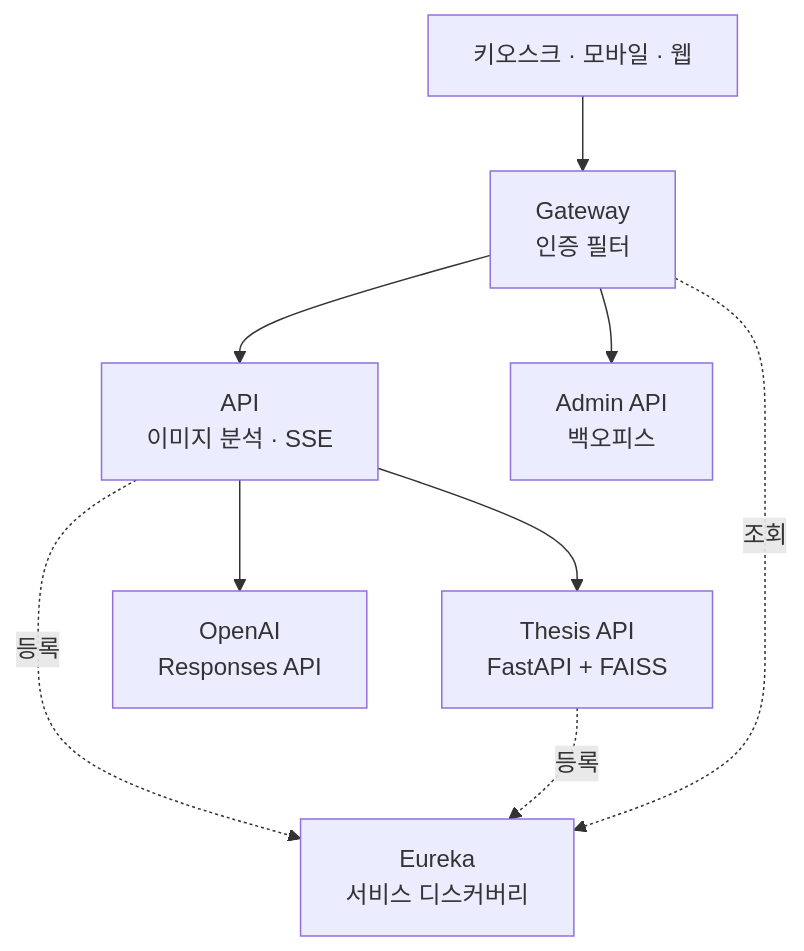
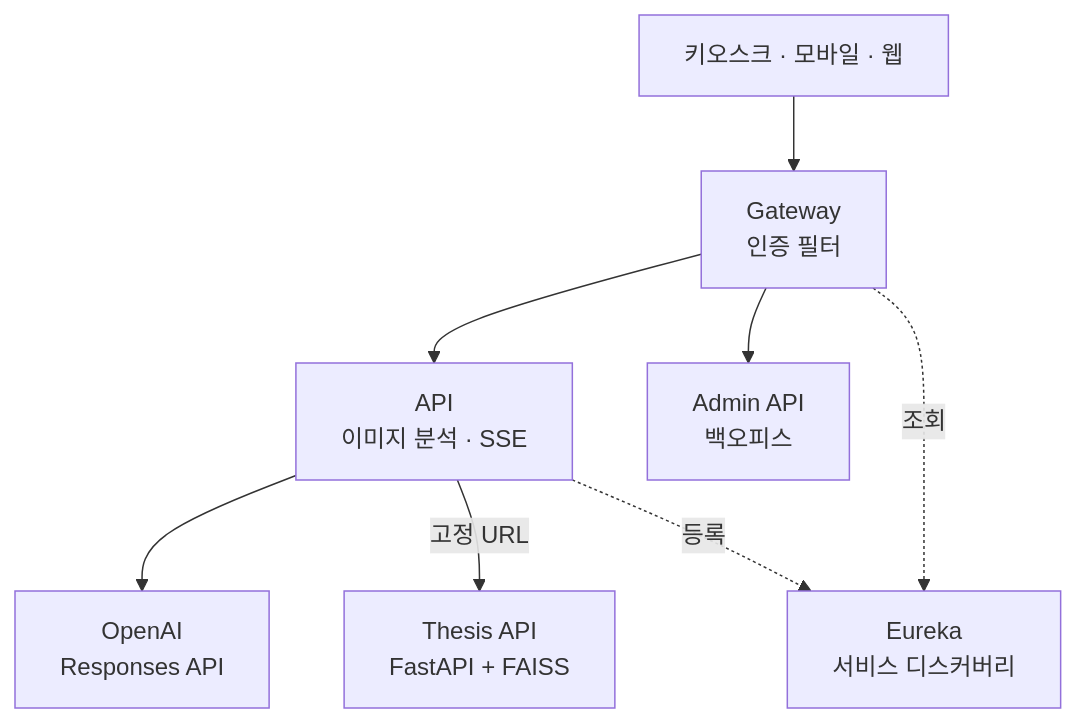
One commit to panorama713/career-portfolio changed the diagram in projects/01-mindpick.md. Above: the diagram before and after it, drawn with Mermaid. The commit also changed other lines of this file and 2 other files, not shown here.

````diff
--- a/projects/01-mindpick.md
+++ b/projects/01-mindpick.md
@@ -6,19 +6,18 @@
 ```mermaid
 flowchart TB
     Client["키오스크 · 모바일 · 웹"]
     Gateway["Gateway<br/>인증 필터"]
     API["API<br/>이미지 분석 · SSE"]
     Admin["Admin API<br/>백오피스"]
     Thesis["Thesis API<br/>FastAPI + FAISS"]
     Eureka["Eureka<br/>서비스 디스커버리"]
     OpenAI["OpenAI<br/>Responses API"]
 
     Client --> Gateway
     Gateway --> API
     Gateway --> Admin
     API --> OpenAI
-    API --> Thesis
+    API -->|고정 URL| Thesis
     API -.등록.-> Eureka
-    Thesis -.등록.-> Eureka
     Gateway -.조회.-> Eureka
 ```
````
